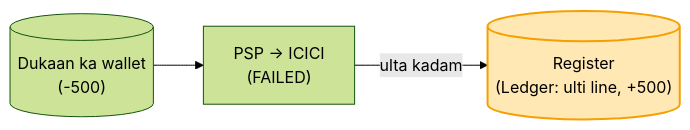
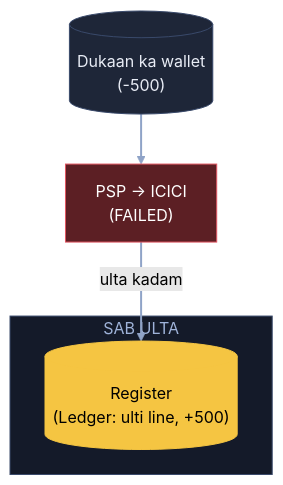
One commit to ArpanMaheshwari144/Prep changed the sixth of 11 diagrams in 04_HLD/SYSTEM_DESIGNS/06_payment_system/06_payment_system.md. Above: the diagram before and after it, drawn with Mermaid (forest theme). The commit also changed other lines of this file, not shown here.

Commit message:
Payment: 11 diagram YouTube (reel) wale card andaaz me

````diff
--- a/04_HLD/SYSTEM_DESIGNS/06_payment_system/06_payment_system.md
+++ b/04_HLD/SYSTEM_DESIGNS/06_payment_system/06_payment_system.md
@@ -125,6 +178,16 @@
 ```mermaid
-flowchart LR
-    W[("Dukaan ka wallet<br/>(-500)")] --> P["PSP -> ICICI<br/>(FAILED)"]
-    P -- "ulta kadam" --> L[("Register<br/>(Ledger: ulti line, +500)")]
-    style L fill:#ffe8b3,stroke:#f59f00,stroke-width:2px,color:#000
+flowchart TB
+    W[("Dukaan ka wallet<br/>(-500)")]:::card
+    P["PSP -> ICICI<br/>(FAILED)"]:::bad
+    subgraph SU["SAB ULTA"]
+        L[("Register<br/>(Ledger: ulti line, +500)")]:::pill
+    end
+    W --> P
+    P -- "ulta kadam" --> L
+    linkStyle default stroke:#8fa3c7,stroke-width:2px
+    classDef card fill:#1e2638,stroke:#3a4a6b,color:#e8ecf5
+    classDef pill fill:#f5c542,stroke:#f5c542,color:#000
+    classDef good fill:#2e7d4f,stroke:#3fbf6f,color:#fff
+    classDef bad fill:#5c1f24,stroke:#e05561,color:#fff
+    style SU fill:#141a29,stroke:#3a4a6b,color:#9fb3d9
 ```
````
